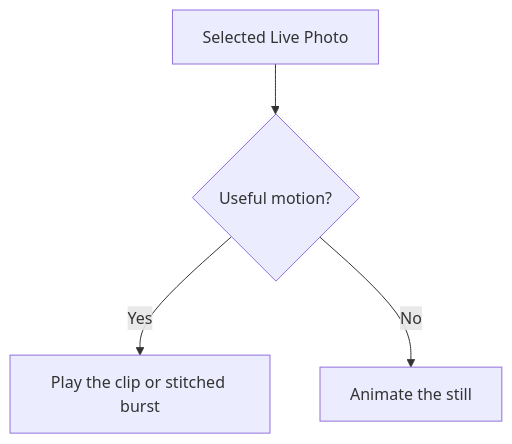
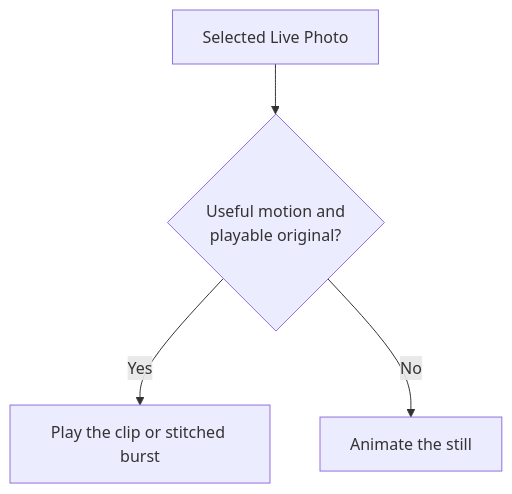
The diagram in docs-site/docs/make/photos-and-live-photos.md (sam-dumont/immich-memories), drawn with Mermaid before and after one commit. The commit also changed 151 other files, not shown here.

````diff
--- a/docs-site/docs/make/photos-and-live-photos.md
+++ b/docs-site/docs/make/photos-and-live-photos.md
@@ -36,6 +36,6 @@
 ```mermaid
 flowchart TD
-  A[Selected Live Photo] --> B{Useful motion?}
+  A[Selected Live Photo] --> B{Useful motion and<br/>playable original?}
   B -- Yes --> C[Play the clip or stitched burst]
   B -- No --> D[Animate the still]
 ```
````
